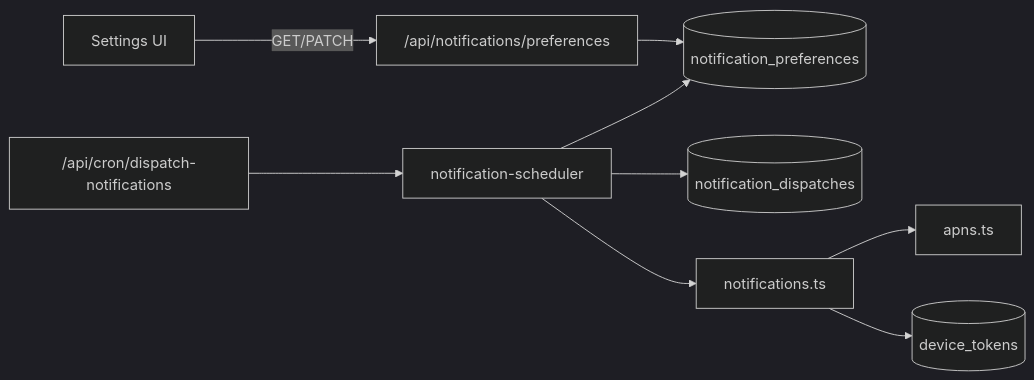
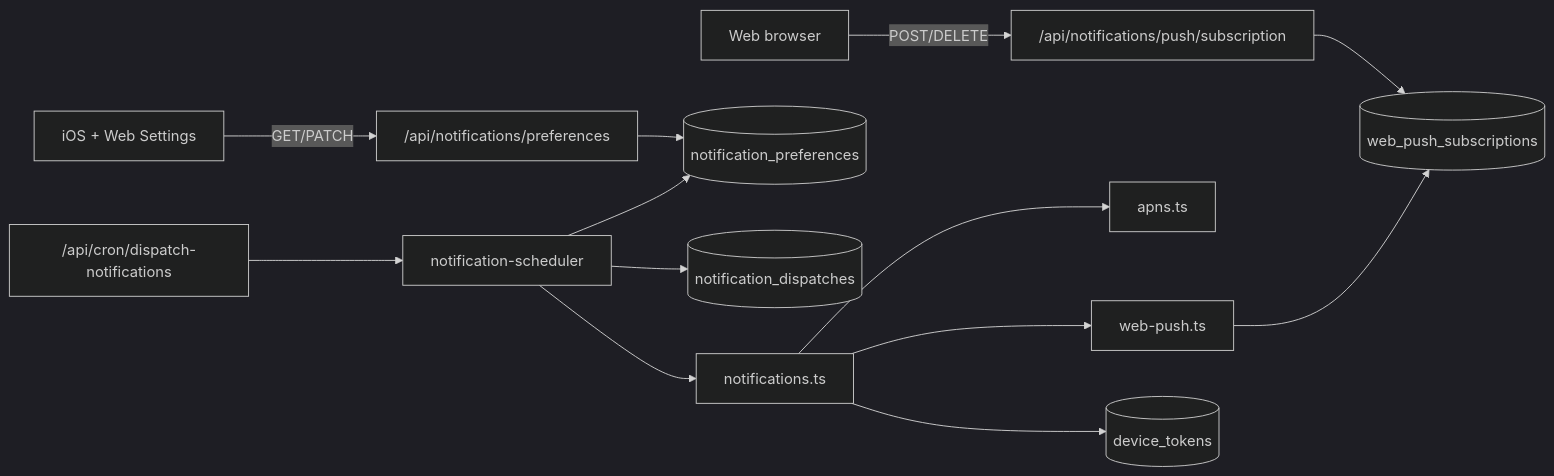
The diagram in docs/notifications.md (auerbachb/still-point), drawn with Mermaid (dark theme) before and after one commit. The commit also changed other lines of this file and 17 other files, not shown here.

First line of the commit message:
feat(notifications): web push parity for daily reminders (#347)

````diff
--- a/docs/notifications.md
+++ b/docs/notifications.md
@@ -7,11 +7,15 @@
 ```mermaid
 flowchart LR
-  iOS[Settings UI] -->|GET/PATCH| PrefsAPI["/api/notifications/preferences"]
+  Clients[iOS + Web Settings] -->|GET/PATCH| PrefsAPI["/api/notifications/preferences"]
+  Web[Web browser] -->|POST/DELETE| SubAPI["/api/notifications/push/subscription"]
+  SubAPI --> WPS[(web_push_subscriptions)]
   PrefsAPI --> NP[(notification_preferences)]
   Cron["/api/cron/dispatch-notifications"] --> Scheduler[notification-scheduler]
   Scheduler --> NP
   Scheduler --> Ledger[(notification_dispatches)]
   Scheduler --> Send[notifications.ts]
   Send --> APNs[apns.ts]
+  Send --> WebPush[web-push.ts]
   Send --> DT[(device_tokens)]
+  WebPush --> WPS
 ```
````
